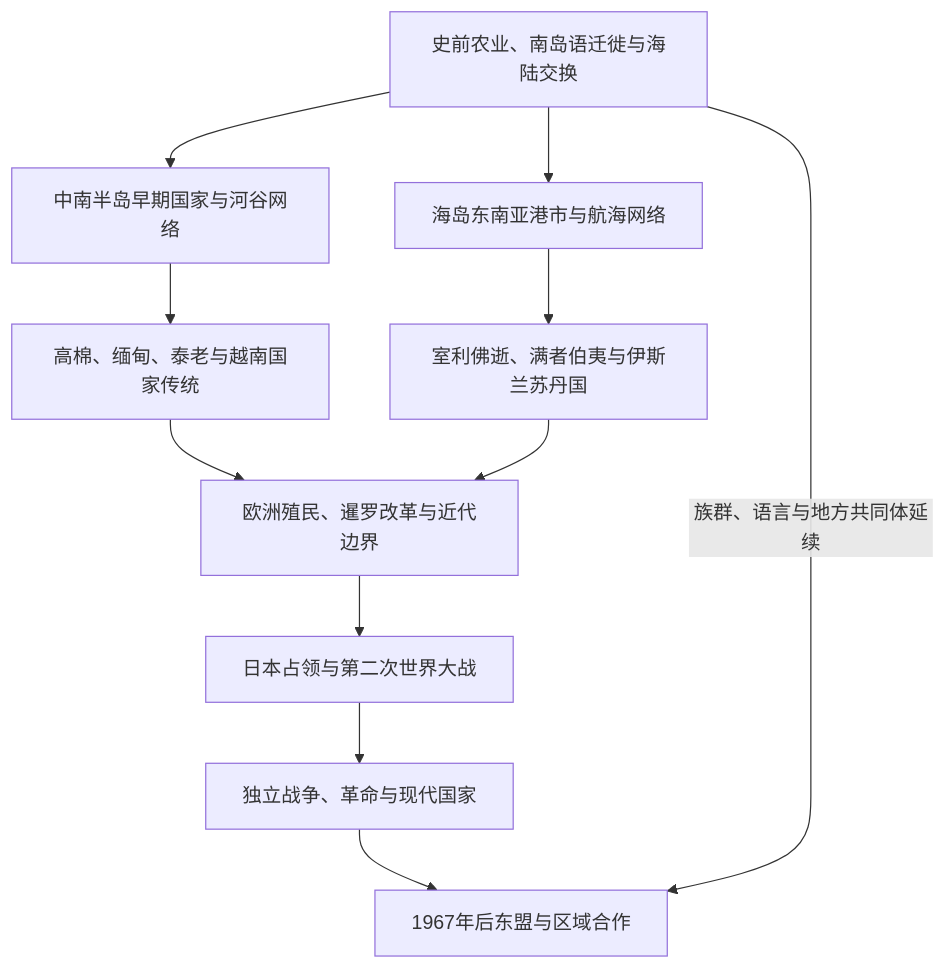
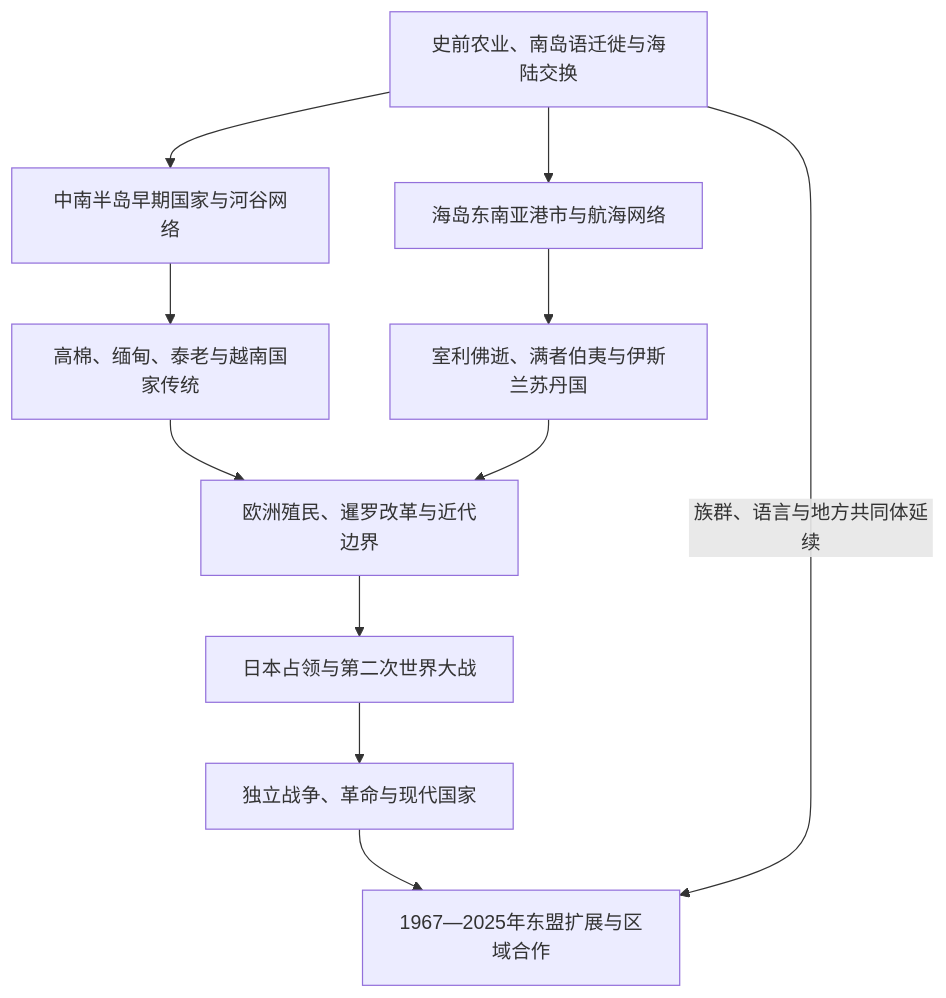
Before and after one commit to tianlan-dev/learning-notes: the diagram in 人文科学/历史/东南亚/README.md, drawn with Mermaid. The commit also changed other lines of this file and 1417 other files, not shown here.

````diff
--- a/人文科学/历史/东南亚/README.md
+++ b/人文科学/历史/东南亚/README.md
@@ -14,13 +14,13 @@
 ```mermaid
 flowchart TD
     Early["史前农业、南岛语迁徙与海陆交换"] --> Mainland["中南半岛早期国家与河谷网络"]
     Early --> Maritime["海岛东南亚港市与航海网络"]
     Mainland --> Theravada["高棉、缅甸、泰老与越南国家传统"]
     Maritime --> Sultanates["室利佛逝、满者伯夷与伊斯兰苏丹国"]
     Theravada --> Colonial["欧洲殖民、暹罗改革与近代边界"]
     Sultanates --> Colonial
     Colonial --> Japan["日本占领与第二次世界大战"]
     Japan --> Independence["独立战争、革命与现代国家"]
-    Independence --> ASEAN["1967年后东盟与区域合作"]
+    Independence --> ASEAN["1967—2025年东盟扩展与区域合作"]
     Early -->|族群、语言与地方共同体延续| ASEAN
 ```
````
